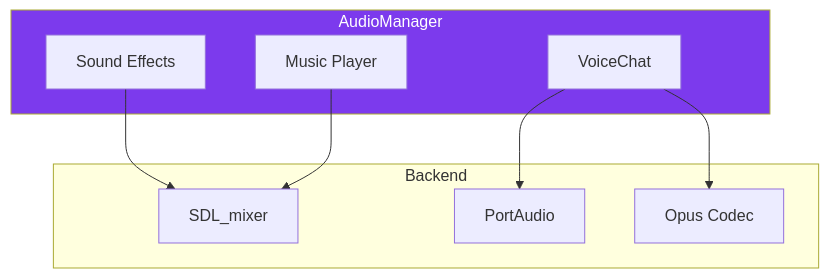
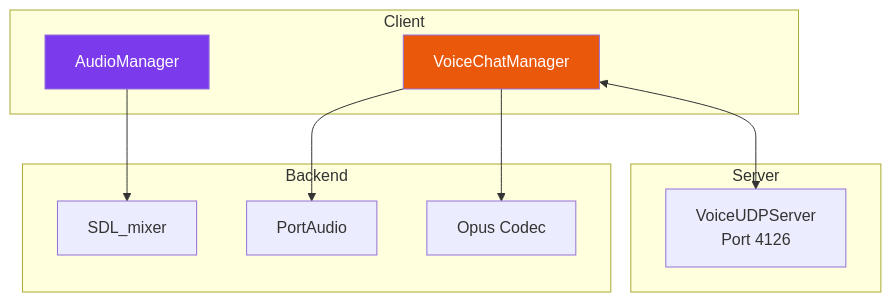
Before and after one commit to ChrisG-L/rtype: the first of 2 diagrams in docs/api/client/audio-manager.md, drawn with Mermaid. The commit also changed other lines of this file and 29 other files, not shown here.

````diff
--- a/docs/api/client/audio-manager.md
+++ b/docs/api/client/audio-manager.md
@@ -241,21 +177,25 @@
 ```mermaid
 flowchart TB
-    subgraph AudioManager
-        SFX[Sound Effects]
-        Music[Music Player]
-        Voice[VoiceChat]
+    subgraph Client
+        AM[AudioManager]
+        VM[VoiceChatManager]
     end
 
     subgraph Backend
         SDL[SDL_mixer]
         PA[PortAudio]
         Opus[Opus Codec]
     end
 
-    SFX --> SDL
-    Music --> SDL
-    Voice --> PA
-    Voice --> Opus
+    subgraph Server
+        VS[VoiceUDPServer<br/>Port 4126]
+    end
 
-    style AudioManager fill:#7c3aed,color:#fff
+    AM --> SDL
+    VM --> PA
+    VM --> Opus
+    VM <--> VS
+
+    style AM fill:#7c3aed,color:#fff
+    style VM fill:#ea580c,color:#fff
 ```
````
